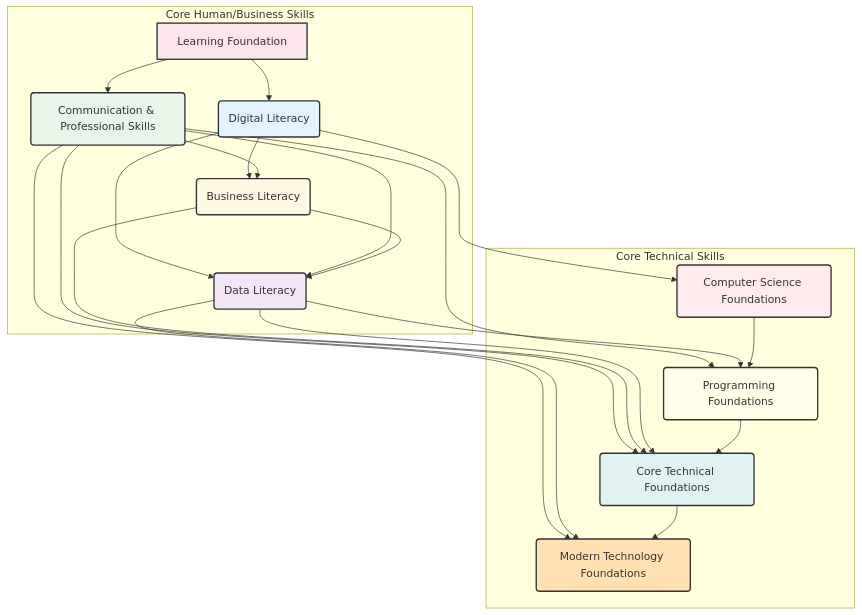
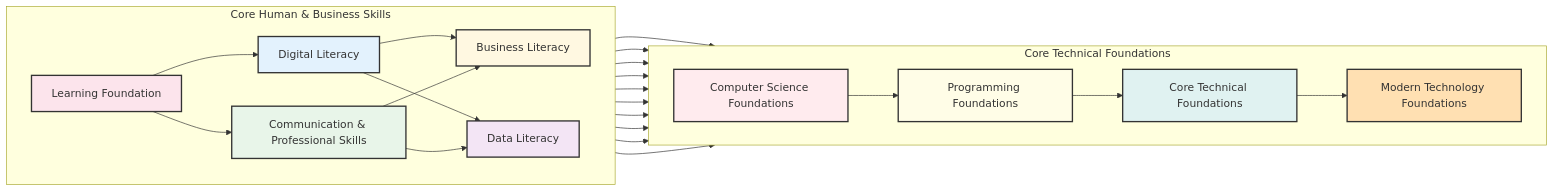
Before and after one commit to knowhub-by-ab/knowhub_notes: the first of 2 diagrams in knowledge/mqcycltc9ua5so.md, drawn with Mermaid. The commit also changed other lines of this file, not shown here.

Commit message:
docs: update Universal Foundations

````diff
--- a/knowledge/mqcycltc9ua5so.md
+++ b/knowledge/mqcycltc9ua5so.md
@@ -55,51 +55,64 @@
 ```mermaid
-graph TD
-    A[Learning Foundation] --> B(Digital Literacy)
-    A --> C(Communication & Professional Skills)
+graph LR
+    A[Learning Foundation]
+    B[Digital Literacy]
+    C[Communication & Professional Skills]
+    D[Business Literacy]
+    E[Data Literacy]
+    F[Computer Science Foundations]
+    G[Programming Foundations]
+    H[Core Technical Foundations]
+    I[Modern Technology Foundations]
 
-    B --> D(Business Literacy)
-    B --> E(Data Literacy)
-    B --> F(Computer Science Foundations)
-
-    C --> D
-    C --> E
-    C --> G(Programming Foundations)
-    C --> H(Core Technical Foundations)
-    C --> I(Modern Technology Foundations)
-
-    D --> E
-    D --> H
-
-    E --> G
-    E --> H
-    E --> I
-
-    F --> G
-    G --> H
-    H --> I
-
-    subgraph Core Human/Business Skills
+    subgraph Core Human & Business Skills
+        direction LR
         A
         B
         C
         D
         E
     end
 
-    subgraph Core Technical Skills
+    subgraph Core Technical Foundations
+        direction LR
         F
         G
         H
         I
     end
+
+    A --> B
+    A --> C
+    B --> D
+    B --> E
+    C --> D
+    C --> E
+
+    F --> G
+    G --> H
+    H --> I
+
+    B --> F
+    B --> G
+
+    C --> G
+    C --> H
+    C --> I
+
+    D --> H
+    D --> I
+
+    E --> G
+    E --> H
+    E --> I
 
     style A fill:#FCE4EC,stroke:#333,stroke-width:2px
     style B fill:#E3F2FD,stroke:#333,stroke-width:2px
     style C fill:#E8F5E9,stroke:#333,stroke-width:2px
     style D fill:#FFF8E1,stroke:#333,stroke-width:2px
     style E fill:#F3E5F5,stroke:#333,stroke-width:2px
     style F fill:#FFEBEE,stroke:#333,stroke-width:2px
     style G fill:#FFFDE7,stroke:#333,stroke-width:2px
     style H fill:#E0F2F1,stroke:#333,stroke-width:2px
     style I fill:#FFE0B2,stroke:#333,stroke-width:2px
 ```
````
